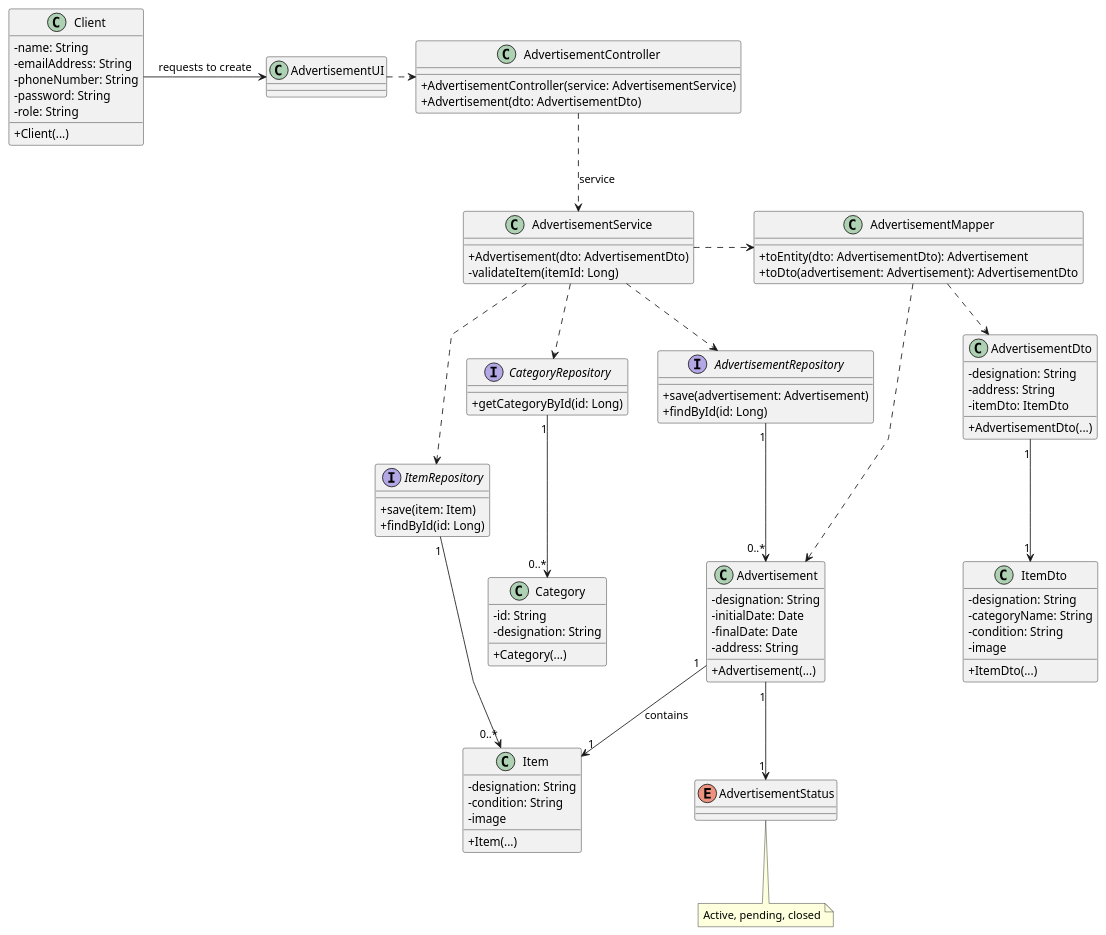
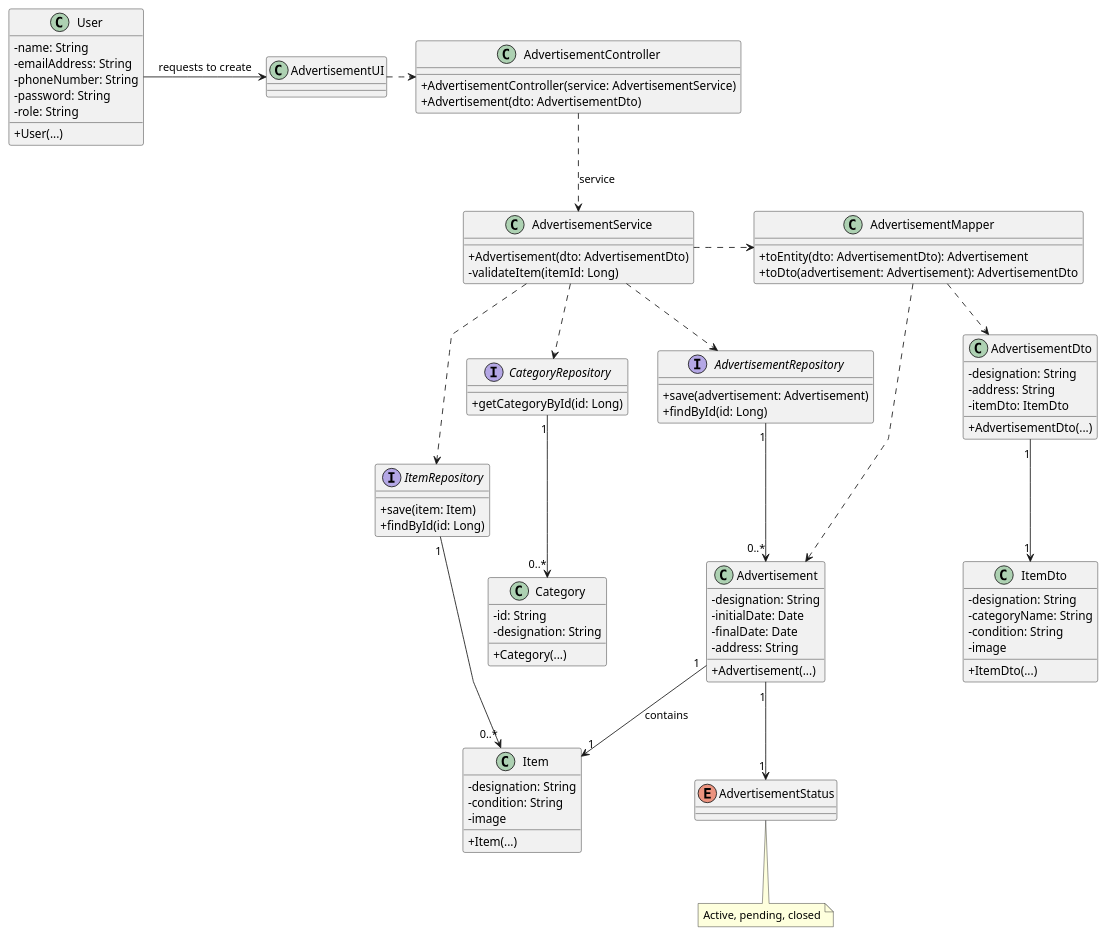
The diagram in Docs/US07/03-design/US07-CD.puml (vivianeaalmeida/ComeAndGet), drawn with PlantUML before and after one commit. The commit also changed 7 other files, not shown here.

```diff
--- a/Docs/US07/03-design/US07-CD.puml
+++ b/Docs/US07/03-design/US07-CD.puml
@@ -1,110 +1,110 @@
 @startuml
 skinparam packageStyle rectangle
 skinparam shadowing false
 skinparam linetype polyline
 skinparam classAttributeIconSize 0
 
-class Client {
+class User {
     - name: String
     - emailAddress: String
     - phoneNumber: String
     - password: String
     - role: String
-    + Client(...)
+    + User(...)
 }
 
 class Item {
     - designation: String
     - condition: String
     - image
     + Item(...)
 }
 
 class ItemDto {
     - designation: String
     - categoryName: String
     - condition: String
     - image
     + ItemDto(...)
 }
 
 class Category {
     - id: String
     - designation: String
     + Category(...)
 }
 
 class AdvertisementDto {
     - designation: String
     - address: String
     - itemDto: ItemDto
     + AdvertisementDto(...)
 }
 
 class Advertisement {
     - designation: String
     - initialDate: Date
     - finalDate: Date
     - address: String
     + Advertisement(...)
 }
 
 enum AdvertisementStatus {
 }
 
 interface CategoryRepository {
     + getCategoryById(id: Long)
 }
 interface AdvertisementRepository {
     + save(advertisement: Advertisement)
     + findById(id: Long)
 }
 interface ItemRepository {
     + save(item: Item)
     + findById(id: Long)
 }
 
 class AdvertisementMapper {
     + toEntity(dto: AdvertisementDto): Advertisement
     + toDto(advertisement: Advertisement): AdvertisementDto
 }
 
 class AdvertisementService {
     + Advertisement(dto: AdvertisementDto)
     - validateItem(itemId: Long)
 }
 
 class AdvertisementController {
     + AdvertisementController(service: AdvertisementService)
     + Advertisement(dto: AdvertisementDto)
 }
 
 class AdvertisementUI
 
 ' --- Relacionamentos ---
 AdvertisementUI .> AdvertisementController
 
 AdvertisementController ..> AdvertisementService : service
 
 AdvertisementService .> AdvertisementMapper
 AdvertisementService ..> AdvertisementRepository
 AdvertisementService ..> CategoryRepository
 AdvertisementService ..> ItemRepository
 
 ItemRepository "1" -> "0..*" Item
 CategoryRepository "1" --> "0..*" Category
 AdvertisementRepository "1" --> "0..*" Advertisement
 
-Client -> AdvertisementUI : requests to create
+User -> AdvertisementUI : requests to create
 
 Advertisement "1" --> "1" AdvertisementStatus
 Advertisement "1" --> "1" Item : contains
 AdvertisementMapper ..> AdvertisementDto
 AdvertisementMapper ..> Advertisement
 
 AdvertisementDto "1" --> "1" ItemDto
 note bottom of AdvertisementStatus
 Active, pending, closed
 endnote
 
 @enduml
```
